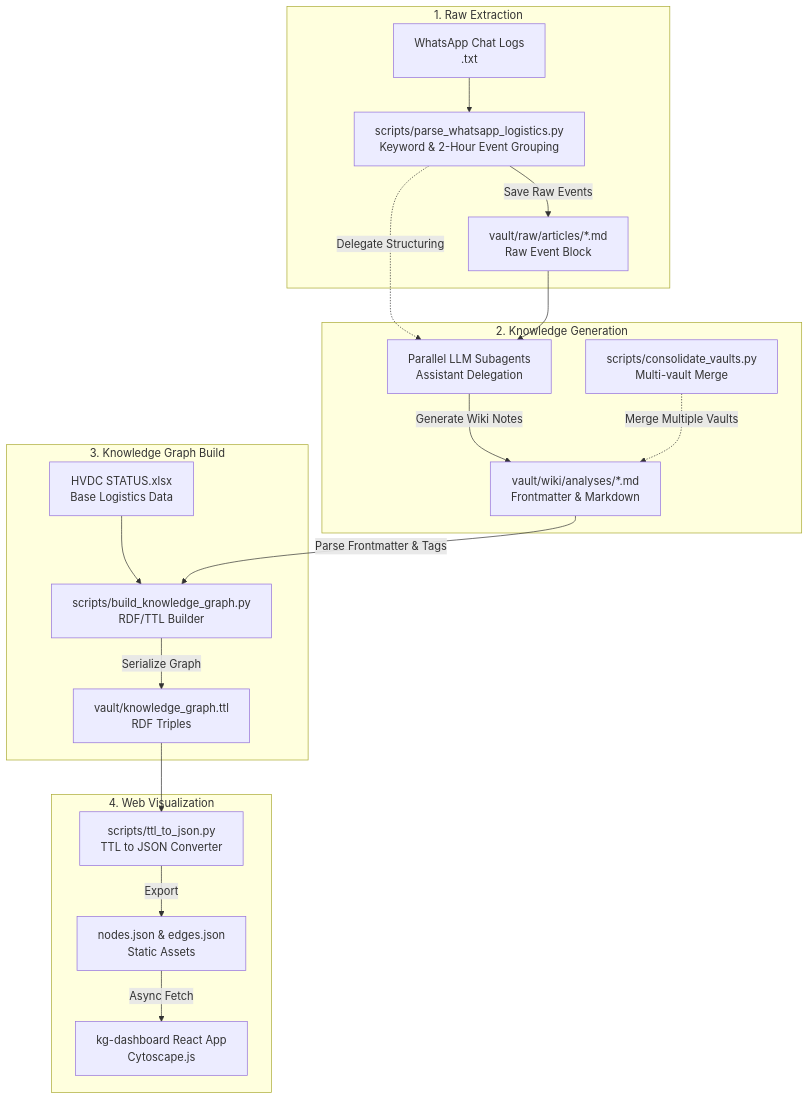
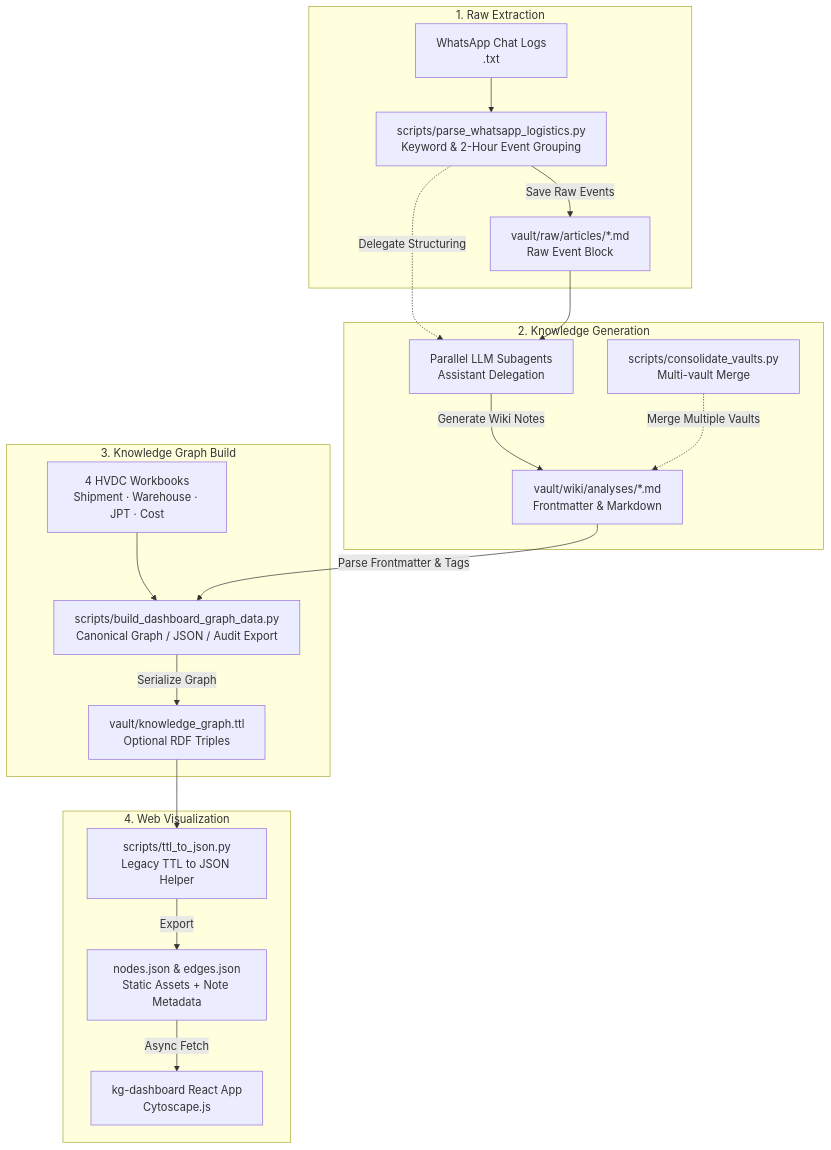
The seventh of 7 diagrams in SYSTEM_ARCHITECTURE.md (macho715/mcp_obsi), drawn with Mermaid before and after one commit. The commit also changed other lines of this file and 17 other files, not shown here.

Commit message:
feat: align kg-dashboard graph visibility export and docs

````diff
--- a/SYSTEM_ARCHITECTURE.md
+++ b/SYSTEM_ARCHITECTURE.md
@@ -710,41 +713,41 @@
 ```mermaid
 flowchart TD
     subgraph 1. Raw Extraction
         Log[WhatsApp Chat Logs<br/>.txt]
         ParseScript[scripts/parse_whatsapp_logistics.py<br/>Keyword & 2-Hour Event Grouping]
         RawVault[vault/raw/articles/*.md<br/>Raw Event Block]
     end
 
     subgraph 2. Knowledge Generation
         Subagents[Parallel LLM Subagents<br/>Assistant Delegation]
         Wiki[vault/wiki/analyses/*.md<br/>Frontmatter & Markdown]
         Consolidate[scripts/consolidate_vaults.py<br/>Multi-vault Merge]
     end
 
     subgraph 3. Knowledge Graph Build
-        Excel[HVDC STATUS.xlsx<br/>Base Logistics Data]
-        BuildScript[scripts/build_knowledge_graph.py<br/>RDF/TTL Builder]
-        TTL[vault/knowledge_graph.ttl<br/>RDF Triples]
+        Excel[4 HVDC Workbooks<br/>Shipment · Warehouse · JPT · Cost]
+        BuildScript[scripts/build_dashboard_graph_data.py<br/>Canonical Graph / JSON / Audit Export]
+        TTL[vault/knowledge_graph.ttl<br/>Optional RDF Triples]
     end
 
     subgraph 4. Web Visualization
-        JSONScript[scripts/ttl_to_json.py<br/>TTL to JSON Converter]
-        JSON[nodes.json & edges.json<br/>Static Assets]
+        JSONScript[scripts/ttl_to_json.py<br/>Legacy TTL to JSON Helper]
+        JSON[nodes.json & edges.json<br/>Static Assets + Note Metadata]
         React[kg-dashboard React App<br/>Cytoscape.js]
     end
 
     Log --> ParseScript
     ParseScript -->|Save Raw Events| RawVault
     ParseScript -.->|Delegate Structuring| Subagents
     RawVault --> Subagents
     Subagents -->|Generate Wiki Notes| Wiki
     Consolidate -.->|Merge Multiple Vaults| Wiki
     
     Excel --> BuildScript
     Wiki -->|Parse Frontmatter & Tags| BuildScript
     BuildScript -->|Serialize Graph| TTL
     
     TTL --> JSONScript
     JSONScript -->|Export| JSON
     JSON -->|Async Fetch| React
 ```
````
